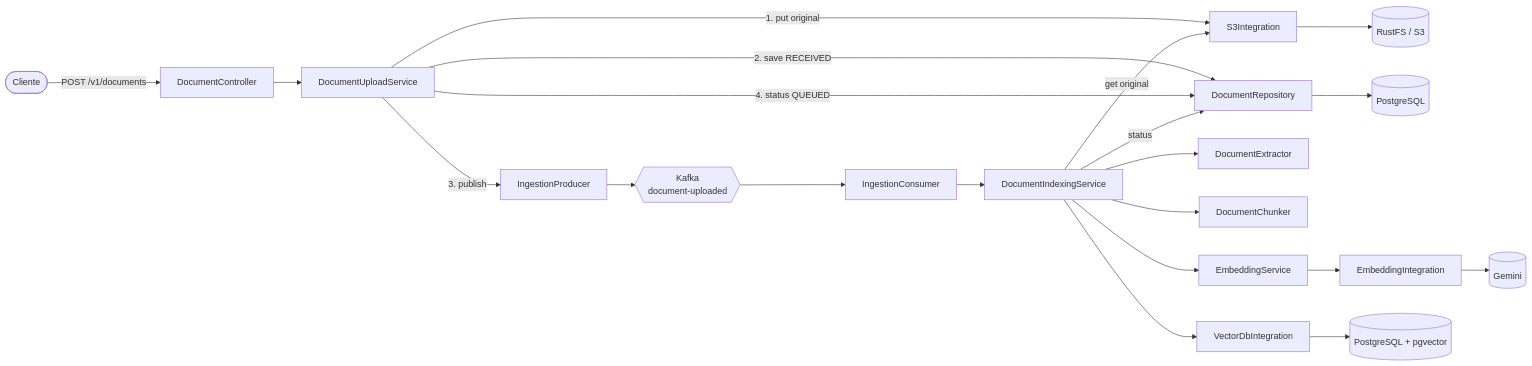
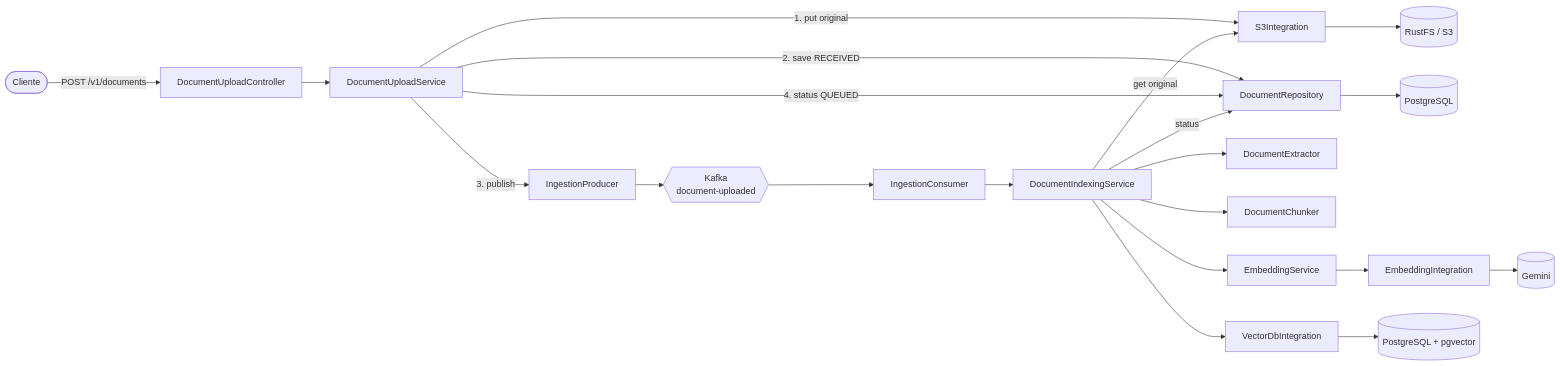
The first of 4 diagrams in docs/arquitetura.md (AndrewsSouz/domain-knowledge-ai), drawn with Mermaid before and after one commit. The commit also changed other lines of this file and 16 other files, not shown here.

````diff
--- a/docs/arquitetura.md
+++ b/docs/arquitetura.md
@@ -38,24 +38,24 @@
 ```mermaid
 flowchart LR
-    client([Cliente]) -->|"POST /v1/documents"| ctrl[DocumentController]
+    client([Cliente]) -->|"POST /v1/documents"| ctrl[DocumentUploadController]
     ctrl --> up[DocumentUploadService]
     up -->|"1. put original"| s3i[S3Integration]
     s3i --> s3[(RustFS / S3)]
     up -->|"2. save RECEIVED"| repo[DocumentRepository]
     repo --> pg[(PostgreSQL)]
     up -->|"3. publish"| prod[IngestionProducer]
     prod --> kafka{{"Kafka<br/>document-uploaded"}}
     up -->|"4. status QUEUED"| repo
 
     kafka --> cons[IngestionConsumer]
     cons --> idx[DocumentIndexingService]
     idx -->|status| repo
     idx -->|get original| s3i
     idx --> ext[DocumentExtractor]
     idx --> chk[DocumentChunker]
     idx --> emb[EmbeddingService]
     emb --> embi[EmbeddingIntegration]
     embi --> ai[(Gemini)]
     idx --> vdb[VectorDbIntegration]
     vdb --> pgv[("PostgreSQL + pgvector")]
 ```
````
